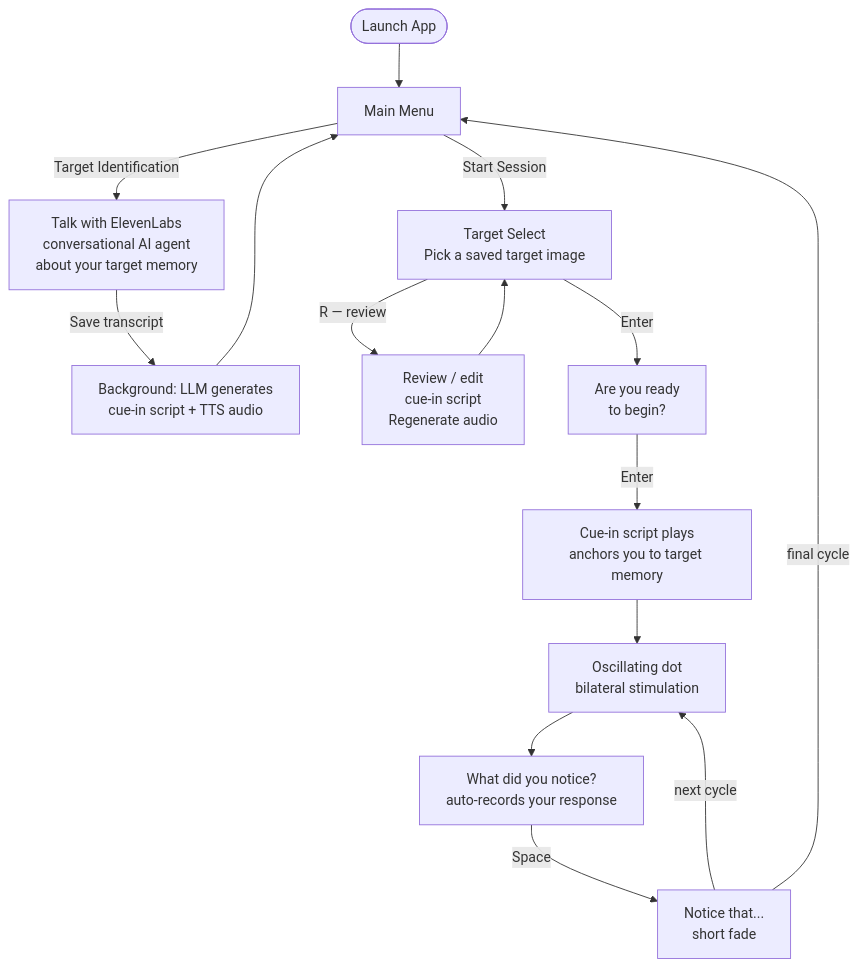
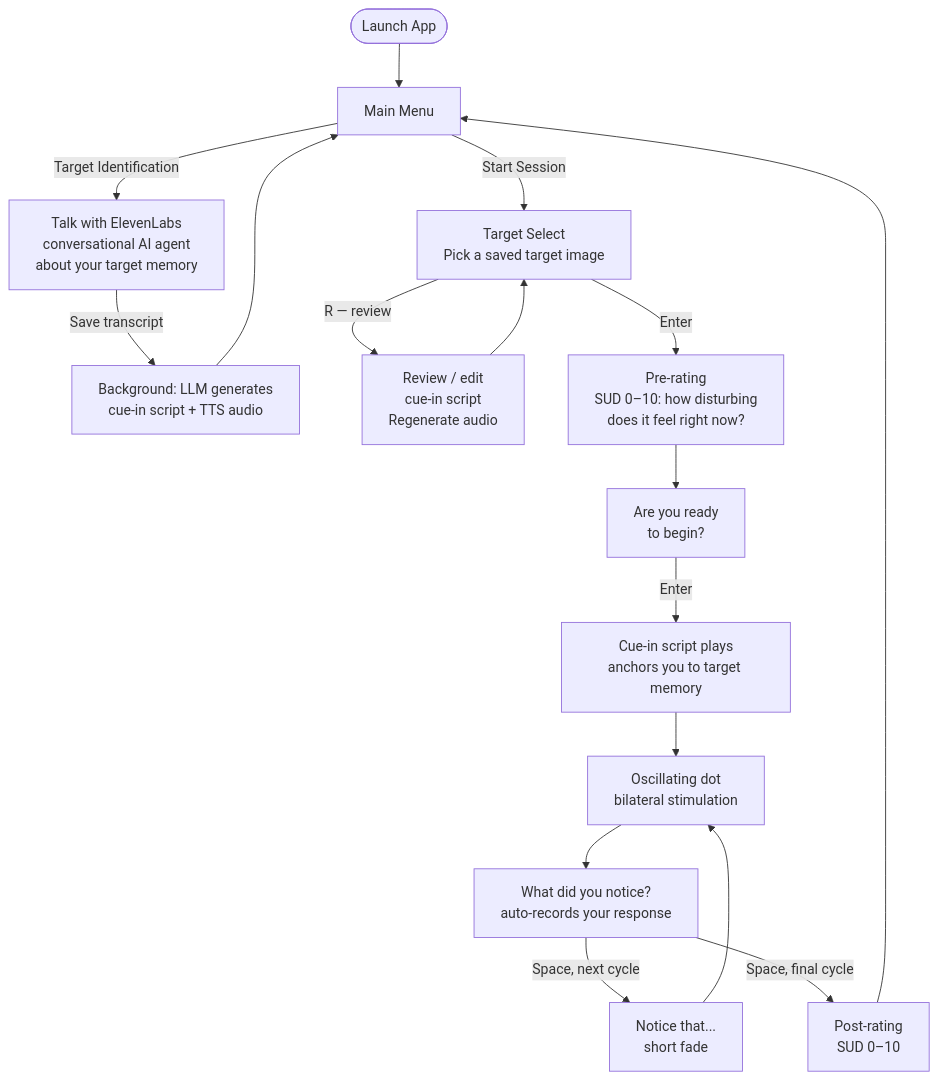
The first of 2 diagrams in README.md (soleil6626070/EMDR3), drawn with Mermaid before and after one commit. The commit also changed other lines of this file and 1 other file, not shown here.

````diff
--- a/README.md
+++ b/README.md
@@ -9,20 +9,22 @@
 ```mermaid
 flowchart TD
     Start([Launch App]) --> Menu[Main Menu]
 
     Menu -->|Target Identification| TII[Talk with ElevenLabs\nconversational AI agent\nabout your target memory]
     TII -->|Save transcript| BG[Background: LLM generates\ncue-in script + TTS audio]
     BG --> Menu
 
     Menu -->|Start Session| TS[Target Select\nPick a saved target image]
     TS -->|R — review| Review[Review / edit\ncue-in script\nRegenerate audio]
     Review --> TS
 
-    TS -->|Enter| Confirm[Are you ready\nto begin?]
+    TS -->|Enter| PreR[Pre-rating\nSUD 0–10: how disturbing\ndoes it feel right now?]
+    PreR --> Confirm[Are you ready\nto begin?]
     Confirm -->|Enter| CueIn[Cue-in script plays\nanchors you to target memory]
     CueIn --> Osc[Oscillating dot\nbilateral stimulation]
     Osc --> WDN[What did you notice?\nauto-records your response]
-    WDN -->|Space| NT[Notice that...\nshort fade]
-    NT -->|next cycle| Osc
-    NT -->|final cycle| Menu
+    WDN -->|Space, next cycle| NT[Notice that...\nshort fade]
+    NT --> Osc
+    WDN -->|Space, final cycle| PostR[Post-rating\nSUD 0–10]
+    PostR --> Menu
 ```
````
